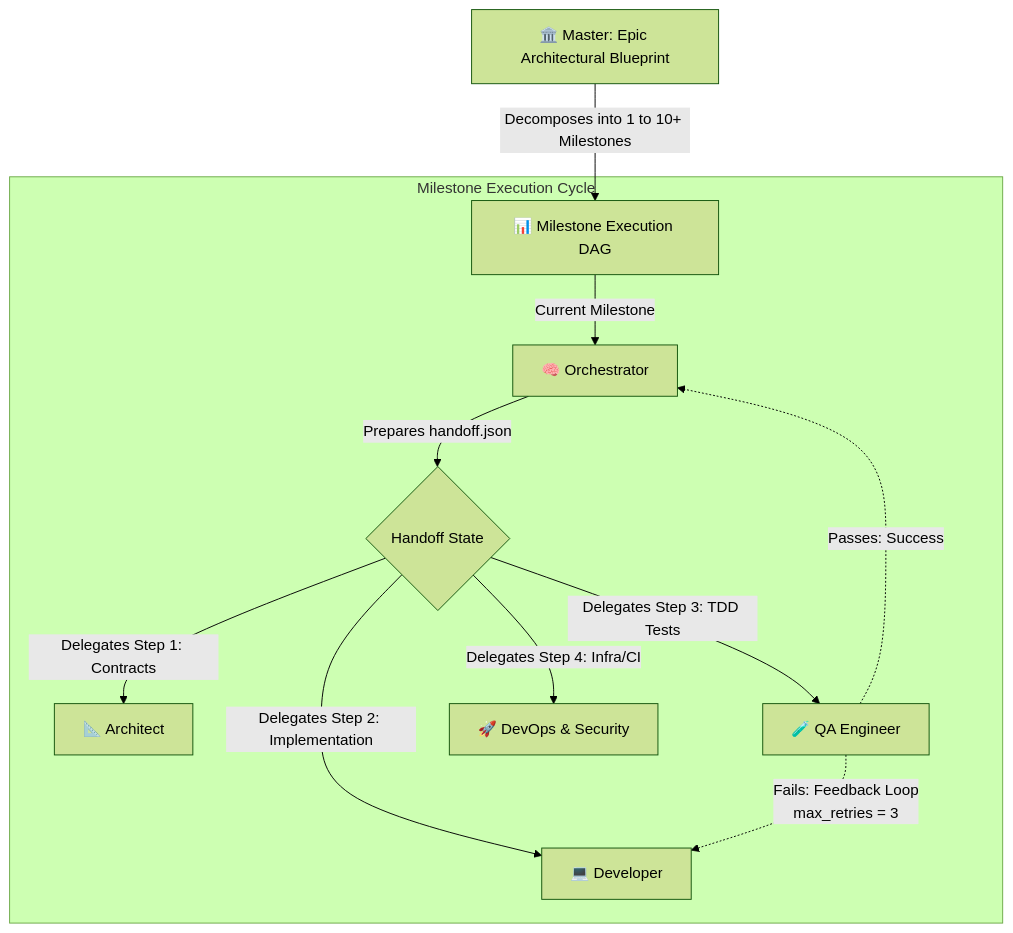
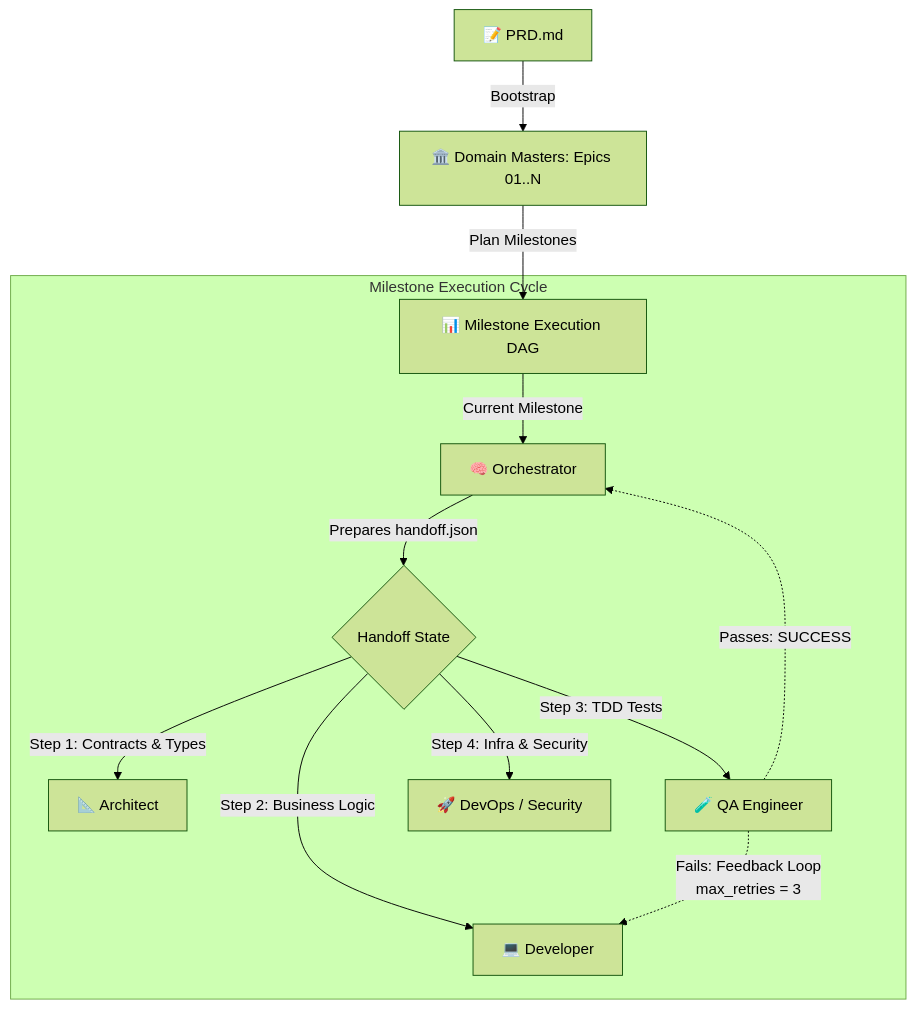
Before and after one commit to amingeek/MultiAgent-Kit: the second of 2 diagrams in README.md, drawn with Mermaid (forest theme). The commit also changed other lines of this file and 37 other files, not shown here.

First line of the commit message:
feat(kit): upgrade to v6.0 Go-native and PRD-driven autonomous multi-agent architecture

````diff
--- a/README.md
+++ b/README.md
@@ -26,16 +55,17 @@
 ```mermaid
 graph TD
-    M[🏛️ Master: Epic Architectural Blueprint] -->|Decomposes into 1 to 10+ Milestones| DAG[📊 Milestone Execution DAG]
+    PRD[📝 PRD.md] -->|Bootstrap| M[🏛️ Domain Masters: Epics 01..N]
+    M -->|Plan Milestones| DAG[📊 Milestone Execution DAG]
     
     subgraph Milestone Execution Cycle
         DAG -->|Current Milestone| O[🧠 Orchestrator]
         O -->|Prepares handoff.json| H{Handoff State}
-        H -->|Delegates Step 1: Contracts| A[📐 Architect]
-        H -->|Delegates Step 2: Implementation| D[💻 Developer]
-        H -->|Delegates Step 3: TDD Tests| Q[🧪 QA Engineer]
-        H -->|Delegates Step 4: Infra/CI| S[🚀 DevOps & Security]
+        H -->|Step 1: Contracts & Types| A[📐 Architect]
+        H -->|Step 2: Business Logic| D[💻 Developer]
+        H -->|Step 3: TDD Tests| Q[🧪 QA Engineer]
+        H -->|Step 4: Infra & Security| S[🚀 DevOps / Security]
         
         Q -.->|Fails: Feedback Loop <br> max_retries = 3| D
-        Q -.->|Passes: Success| O
+        Q -.->|Passes: SUCCESS| O
     end
 ```
````
